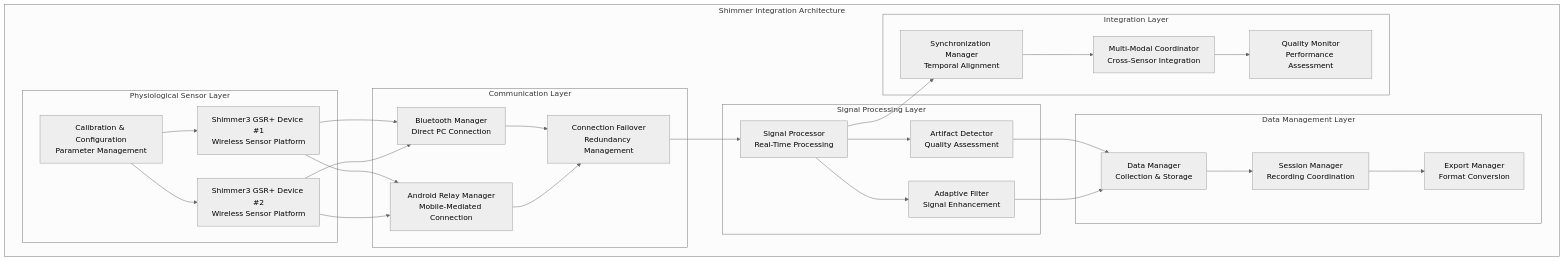
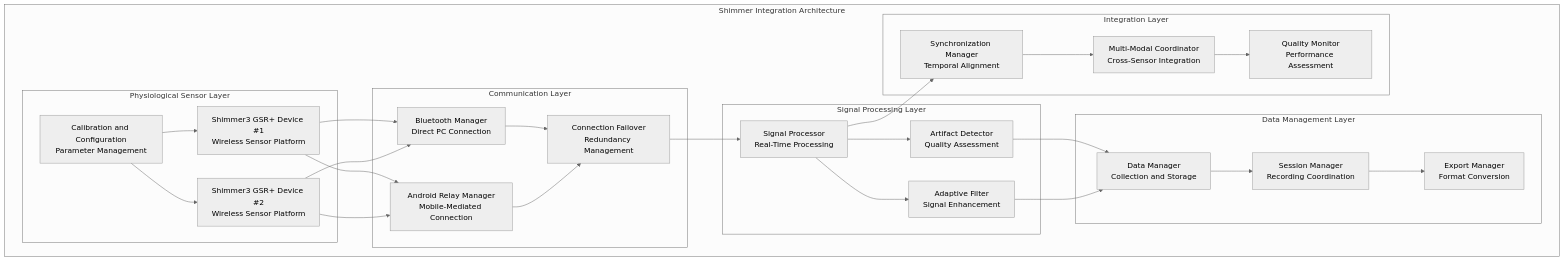
One commit to buccancs/fyp-multi-sensor-recording-system changed the diagram in docs/shimmer_integration_readme.md. Above: the diagram before and after it, drawn with Mermaid (neutral theme). The commit also changed 9 other files, not shown here.

````diff
--- a/docs/shimmer_integration_readme.md
+++ b/docs/shimmer_integration_readme.md
@@ -62,58 +62,58 @@
 ```mermaid
 graph TB
     subgraph "Shimmer Integration Architecture"
         subgraph "Physiological Sensor Layer"
             S1[Shimmer3 GSR+ Device #1<br/>Wireless Sensor Platform]
             S2[Shimmer3 GSR+ Device #2<br/>Wireless Sensor Platform]
-            CAL[Calibration & Configuration<br/>Parameter Management]
+            CAL[Calibration and Configuration<br/>Parameter Management]
         end
         
         subgraph "Communication Layer"
             BT[Bluetooth Manager<br/>Direct PC Connection]
             ARM[Android Relay Manager<br/>Mobile-Mediated Connection]
             CF[Connection Failover<br/>Redundancy Management]
         end
         
         subgraph "Signal Processing Layer"
             SP[Signal Processor<br/>Real-Time Processing]
             AD[Artifact Detector<br/>Quality Assessment]
             AF[Adaptive Filter<br/>Signal Enhancement]
         end
         
         subgraph "Data Management Layer"
-            DM[Data Manager<br/>Collection & Storage]
+            DM[Data Manager<br/>Collection and Storage]
             SM[Session Manager<br/>Recording Coordination]
             EM[Export Manager<br/>Format Conversion]
         end
         
         subgraph "Integration Layer"
             SYNC[Synchronization Manager<br/>Temporal Alignment]
             MM[Multi-Modal Coordinator<br/>Cross-Sensor Integration]
             QM[Quality Monitor<br/>Performance Assessment]
         end
     end
     
     S1 --> BT
     S1 --> ARM
     S2 --> BT
     S2 --> ARM
     
     BT --> CF
     ARM --> CF
     CF --> SP
     
     SP --> AD
     SP --> AF
     AD --> DM
     AF --> DM
     
     DM --> SM
     SM --> EM
     
     SP --> SYNC
     SYNC --> MM
     MM --> QM
     
     CAL --> S1
     CAL --> S2
 ```
````
